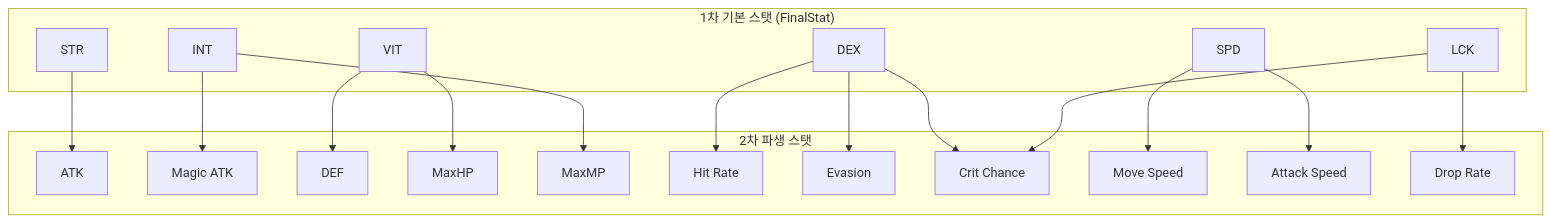
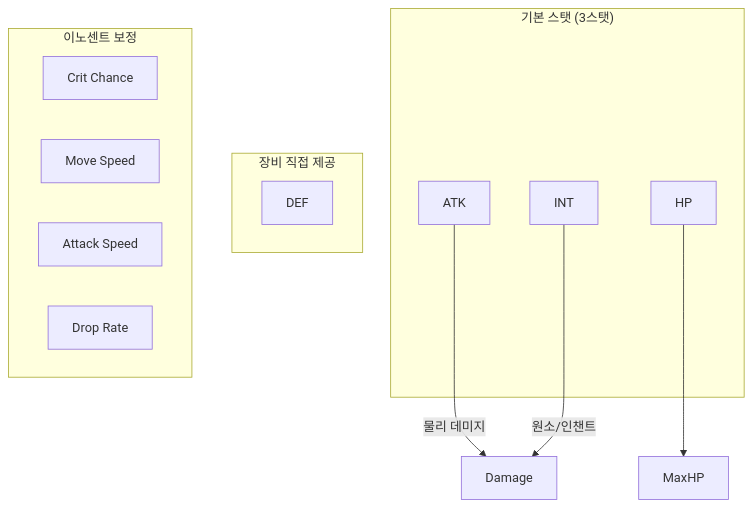
The diagram in Documents/System/System_Growth_Stats.md (Biskraft/ProjectAbyss), drawn with Mermaid before and after one commit. The commit also changed other lines of this file and 38 other files, not shown here.

````diff
--- a/Documents/System/System_Growth_Stats.md
+++ b/Documents/System/System_Growth_Stats.md
@@ -211,38 +202,23 @@
 ```mermaid
 graph TD
-    subgraph "1차 기본 스탯 (FinalStat)"
-        STR[STR]
+    subgraph "기본 스탯 (3스탯)"
+        ATK_S[ATK]
         INT_S[INT]
-        DEX[DEX]
-        VIT[VIT]
-        SPD[SPD]
-        LCK[LCK]
+        HP_S[HP]
     end
 
-    subgraph "2차 파생 스탯"
-        ATK[ATK]
-        MATK[Magic ATK]
+    subgraph "장비 직접 제공"
         DEF[DEF]
-        MAXHP[MaxHP]
-        MAXMP[MaxMP]
-        HIT[Hit Rate]
-        EVA[Evasion]
+    end
+
+    subgraph "이노센트 보정"
         CRIT[Crit Chance]
         MOVE[Move Speed]
         ASPD[Attack Speed]
         DROP[Drop Rate]
     end
 
-    STR --> ATK
-    INT_S --> MATK
-    INT_S --> MAXMP
-    VIT --> DEF
-    VIT --> MAXHP
-    DEX --> HIT
-    DEX --> EVA
-    DEX --> CRIT
-    LCK --> CRIT
-    LCK --> DROP
-    SPD --> MOVE
-    SPD --> ASPD
+    ATK_S --> |물리 데미지| DMG[Damage]
+    INT_S --> |원소/인챈트| DMG
+    HP_S --> MAXHP[MaxHP]
 ```
````
